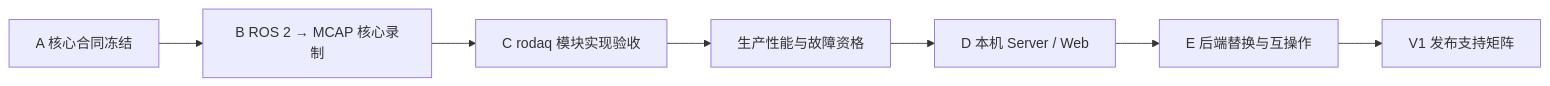
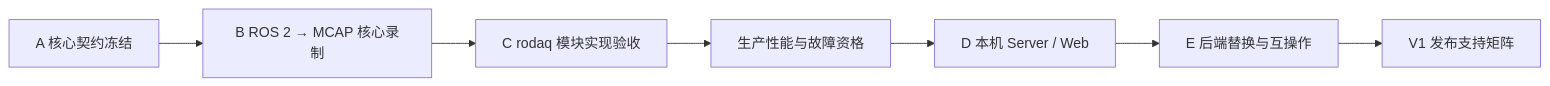
Before and after one commit to SiYueY/rodaq: diagram 14 of 14 in docs/design/architecture.md, drawn with Mermaid. The commit also changed other lines of this file and 24 other files, not shown here.

````diff
--- a/docs/design/architecture.md
+++ b/docs/design/architecture.md
@@ -1035,9 +1035,9 @@
 ```mermaid
 flowchart LR
-    A["A 核心合同冻结"] --> B["B ROS 2 → MCAP 核心录制"]
+    A["A 核心契约冻结"] --> B["B ROS 2 → MCAP 核心录制"]
     B --> C["C rodaq 模块实现验收"]
     C --> Q["生产性能与故障资格"]
     Q --> D["D 本机 Server / Web"]
     D --> E["E 后端替换与互操作"]
     E --> R["V1 发布支持矩阵"]
 ```
````
